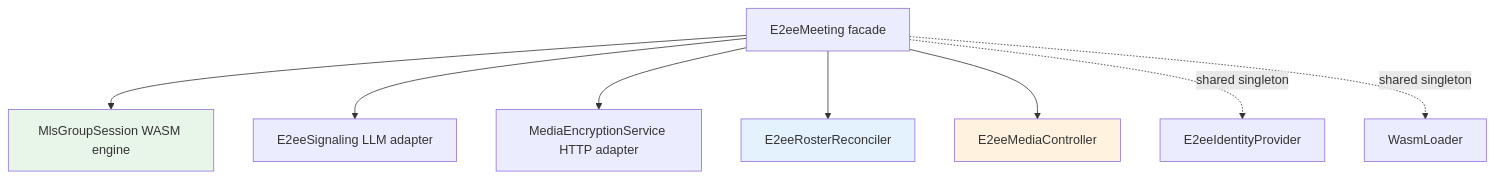
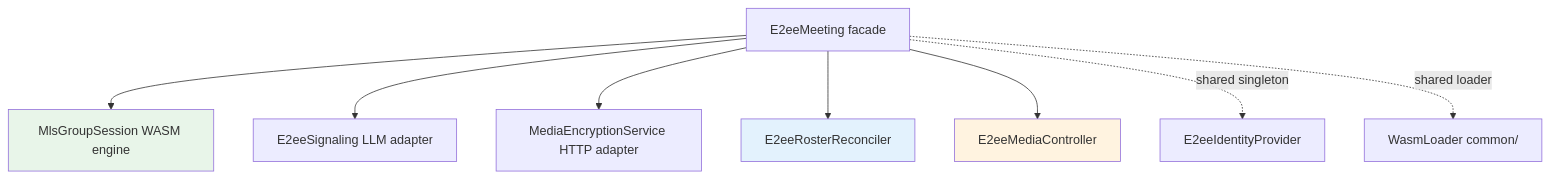
The second of 3 diagrams in packages/@webex/plugin-meetings/src/e2ee/DESIGN.md (webex/webex-js-sdk), drawn with Mermaid before and after one commit. The commit also changed other lines of this file and 12 other files, not shown here.

Commit message:
fix: moved wasm loader

````diff
--- a/packages/@webex/plugin-meetings/src/e2ee/DESIGN.md
+++ b/packages/@webex/plugin-meetings/src/e2ee/DESIGN.md
@@ -116,14 +118,14 @@
 ```mermaid
 graph TD
     E2eeMeeting[E2eeMeeting facade] --> MLS[MlsGroupSession WASM engine]
     E2eeMeeting --> Sig[E2eeSignaling LLM adapter]
     E2eeMeeting --> Svc[MediaEncryptionService HTTP adapter]
     E2eeMeeting --> Recon[E2eeRosterReconciler]
     E2eeMeeting --> MediaCtl[E2eeMediaController]
     E2eeMeeting -.->|shared singleton| Ident[E2eeIdentityProvider]
-    E2eeMeeting -.->|shared singleton| WasmLoader
+    E2eeMeeting -.->|shared loader| WasmLoader[WasmLoader common/]
 
     style MLS fill:#e8f5e9
     style Recon fill:#e3f2fd
     style MediaCtl fill:#fff3e0
 ```
````
